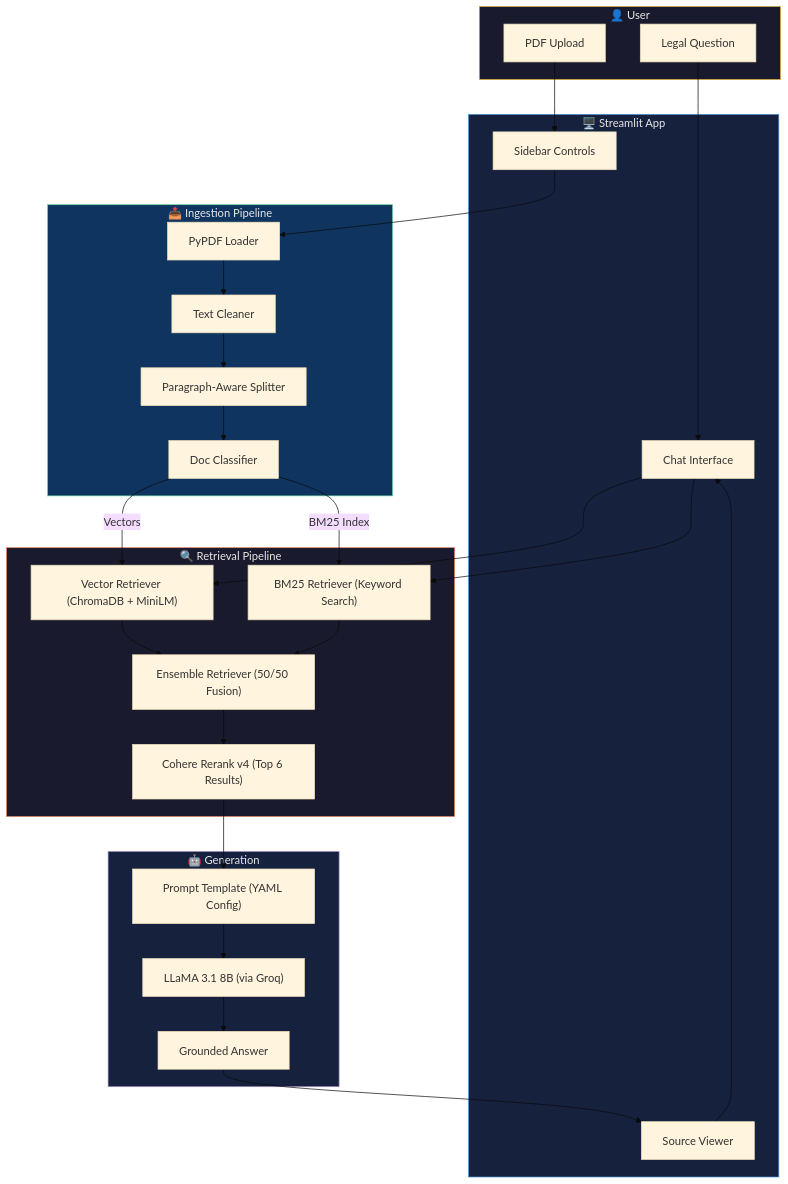
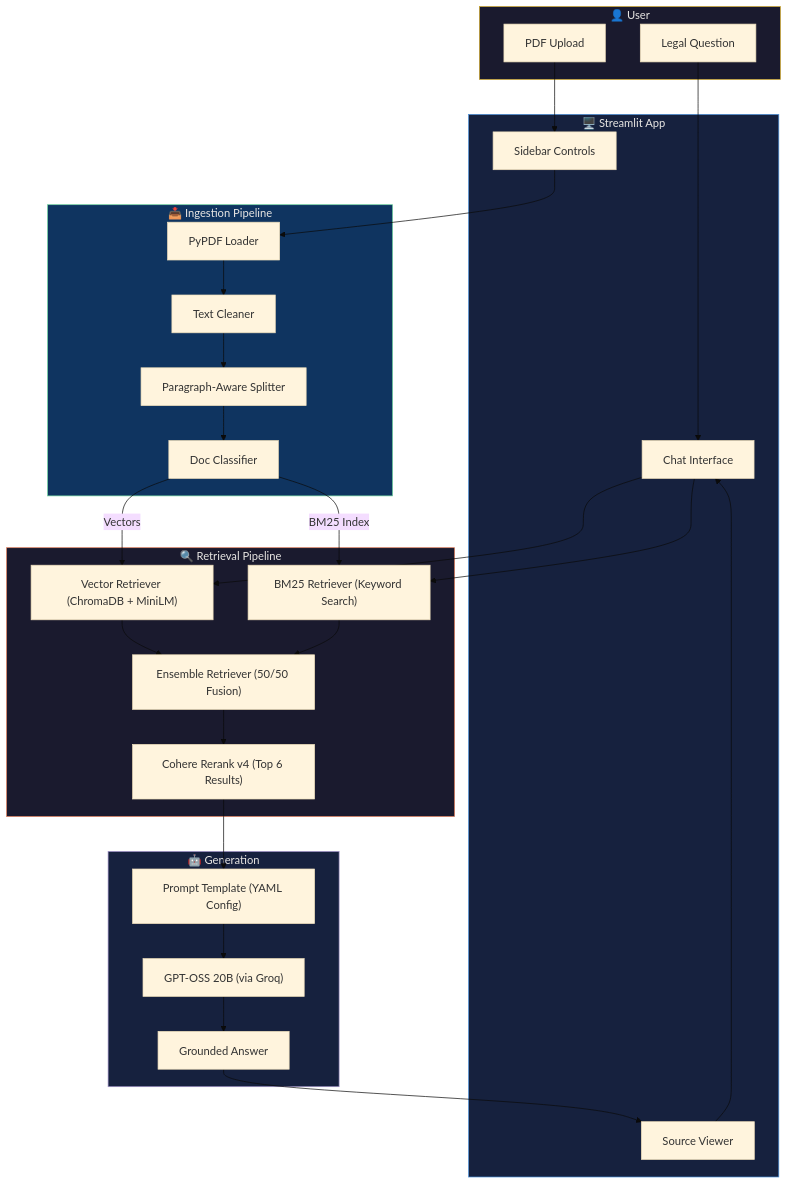
One commit to pyush-nandan/legelease changed the first of 3 diagrams in README.md. Above: the diagram before and after it, drawn with Mermaid (base theme). The commit also changed other lines of this file and 5 other files, not shown here.

````diff
--- a/README.md
+++ b/README.md
@@ -34,57 +34,57 @@
 ```mermaid
 graph TB
     subgraph USER["👤 User"]
         Q["Legal Question"]
         PDF["PDF Upload"]
     end
 
     subgraph UI["🖥️ Streamlit App"]
         CHAT["Chat Interface"]
         SIDEBAR["Sidebar Controls"]
         SOURCES["Source Viewer"]
     end
 
     subgraph INGESTION["📥 Ingestion Pipeline"]
         LOADER["PyPDF Loader"]
         CLEAN["Text Cleaner"]
         SPLIT["Paragraph-Aware Splitter"]
         CLASSIFY["Doc Classifier"]
     end
 
     subgraph RETRIEVAL["🔍 Retrieval Pipeline"]
         VEC["Vector Retriever (ChromaDB + MiniLM)"]
         BM25["BM25 Retriever (Keyword Search)"]
         HYBRID["Ensemble Retriever (50/50 Fusion)"]
         RERANK["Cohere Rerank v4 (Top 6 Results)"]
     end
 
     subgraph GENERATION["🤖 Generation"]
         PROMPT["Prompt Template (YAML Config)"]
-        LLM["LLaMA 3.1 8B (via Groq)"]
+        LLM["GPT-OSS 20B (via Groq)"]
         ANSWER["Grounded Answer"]
     end
 
     Q --> CHAT
     PDF --> SIDEBAR
     SIDEBAR --> LOADER
     LOADER --> CLEAN --> SPLIT --> CLASSIFY
     CLASSIFY -->|Vectors| VEC
     CLASSIFY -->|BM25 Index| BM25
 
     CHAT --> VEC
     CHAT --> BM25
     VEC --> HYBRID
     BM25 --> HYBRID
     HYBRID --> RERANK
     RERANK --> PROMPT
     PROMPT --> LLM
     LLM --> ANSWER
     ANSWER --> SOURCES
     SOURCES --> CHAT
 
     style USER fill:#1a1a2e,stroke:#C9A227,color:#E8E6E3
     style UI fill:#16213e,stroke:#4A90D9,color:#E8E6E3
     style INGESTION fill:#0f3460,stroke:#6DD49E,color:#E8E6E3
     style RETRIEVAL fill:#1a1a2e,stroke:#E07C5A,color:#E8E6E3
     style GENERATION fill:#16213e,stroke:#9B8EC4,color:#E8E6E3
 ```
````
